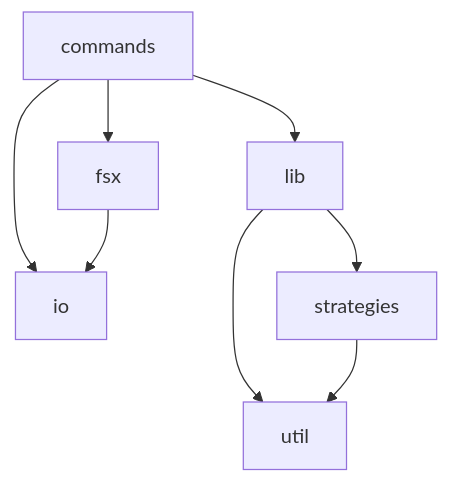
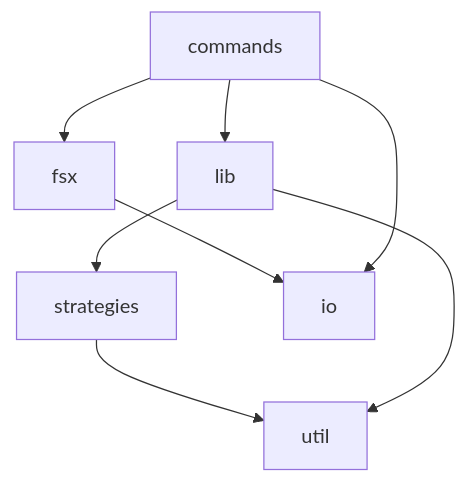
One commit to mattriley/node-module-indexgen changed the diagram in README.md. Above: the diagram before and after it, drawn with Mermaid. The commit also changed other lines of this file and 2 other files, not shown here.

````diff
--- a/README.md
+++ b/README.md
@@ -115,10 +115,10 @@
 ```mermaid
 graph TD;
+    strategies-->util;
+    lib-->strategies;
+    lib-->util;
+    fsx-->io;
     commands-->fsx;
     commands-->lib;
     commands-->io;
-    fsx-->io;
-    lib-->strategies;
-    lib-->util;
-    strategies-->util;
 ```
````
